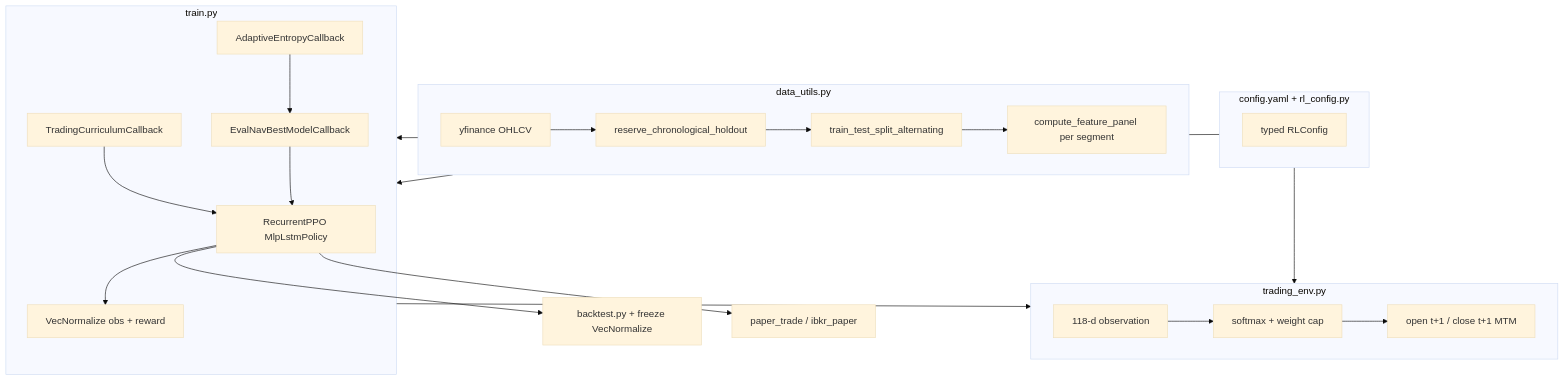
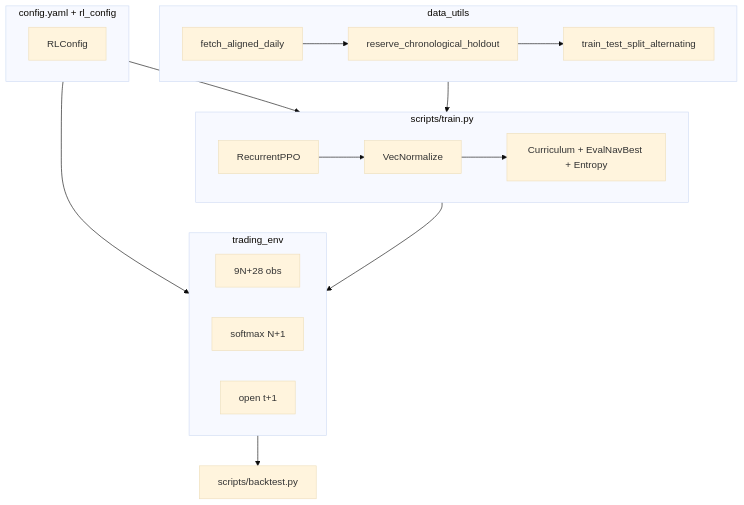
Before and after one commit to Maxwell553/RLBot: the diagram in README.md, drawn with Mermaid (base theme). The commit also changed other lines of this file and 39 other files, not shown here.

````diff
--- a/README.md
+++ b/README.md
@@ -71,40 +51,28 @@
 ```mermaid
 flowchart TB
-  subgraph cfg [config.yaml + rl_config.py]
-    YAML[typed RLConfig]
+  subgraph cfg [config.yaml + rl_config]
+    YAML[RLConfig]
   end
-
-  subgraph data [data_utils.py]
-    YF[yfinance OHLCV]
+  subgraph data [data_utils]
+    FETCH[fetch_aligned_daily]
     HOLD[reserve_chronological_holdout]
     SPLIT[train_test_split_alternating]
-    FEAT[compute_feature_panel per segment]
-    YF --> HOLD --> SPLIT --> FEAT
+    FETCH --> HOLD --> SPLIT
   end
-
-  subgraph train [train.py]
-    PPO[RecurrentPPO MlpLstmPolicy]
-    VN[VecNormalize obs + reward]
-    CURR[TradingCurriculumCallback]
-    EVAL[EvalNavBestModelCallback]
-    ENT[AdaptiveEntropyCallback]
-    PPO --> VN
-    CURR --> PPO
-    EVAL --> PPO
-    ENT --> EVAL
+  subgraph train [scripts/train.py]
+    PPO[RecurrentPPO]
+    VN[VecNormalize]
+    CB[Curriculum + EvalNavBest + Entropy]
+    PPO --> VN --> CB
   end
-
-  subgraph env [trading_env.py]
-    OBS[118-d observation]
-    ACT[softmax + weight cap]
-    EXEC[open t+1 / close t+1 MTM]
-    OBS --> ACT --> EXEC
+  subgraph env [trading_env]
+    OBS[9N+28 obs]
+    ACT[softmax N+1]
+    EXEC[open t+1]
   end
-
   cfg --> train
   cfg --> env
   data --> train
   train --> env
-  PPO --> backtest[backtest.py + freeze VecNormalize]
-  PPO --> paper[paper_trade / ibkr_paper]
+  env --> BT[scripts/backtest.py]
 ```
````
